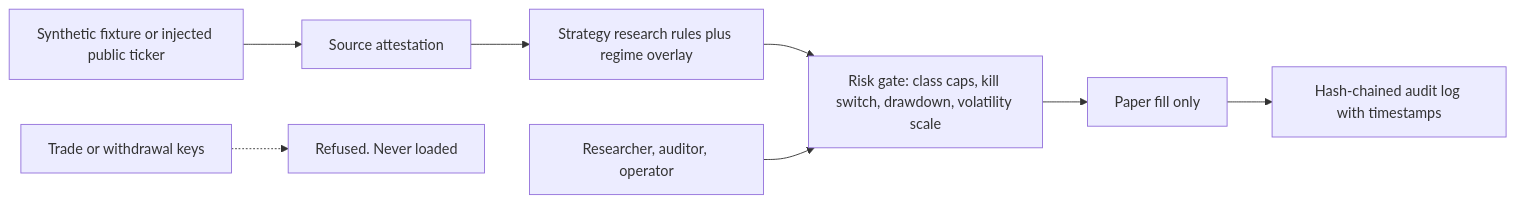
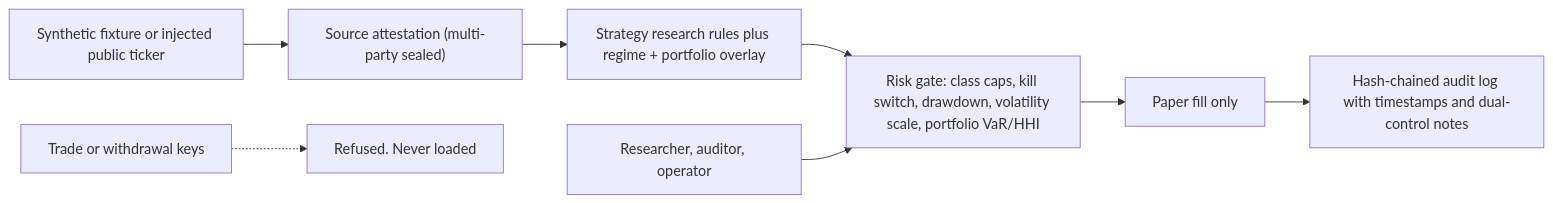
The diagram in docs/security-architecture.md (kkzee92/aixtech-crypto-intel), drawn with Mermaid before and after one commit. The commit also changed other lines of this file, not shown here.

Commit message:
Update security architecture notes for v0.48 portfolio and multi-party controls

````diff
--- a/docs/security-architecture.md
+++ b/docs/security-architecture.md
@@ -8,10 +8,10 @@
 ```mermaid
 flowchart LR
-    F["Synthetic fixture or injected public ticker"] --> AT["Source attestation"]
-    AT --> S["Strategy research rules plus regime overlay"]
-    S --> R["Risk gate: class caps, kill switch, drawdown, volatility scale"]
+    F["Synthetic fixture or injected public ticker"] --> AT["Source attestation (multi-party sealed)"]
+    AT --> S["Strategy research rules plus regime + portfolio overlay"]
+    S --> R["Risk gate: class caps, kill switch, drawdown, volatility scale, portfolio VaR/HHI"]
     R --> P["Paper fill only"]
-    P --> A["Hash-chained audit log with timestamps"]
+    P --> A["Hash-chained audit log with timestamps and dual-control notes"]
     K["Trade or withdrawal keys"] -.-> X["Refused. Never loaded"]
     RBAC["Researcher, auditor, operator"] --> R
 ```
````
